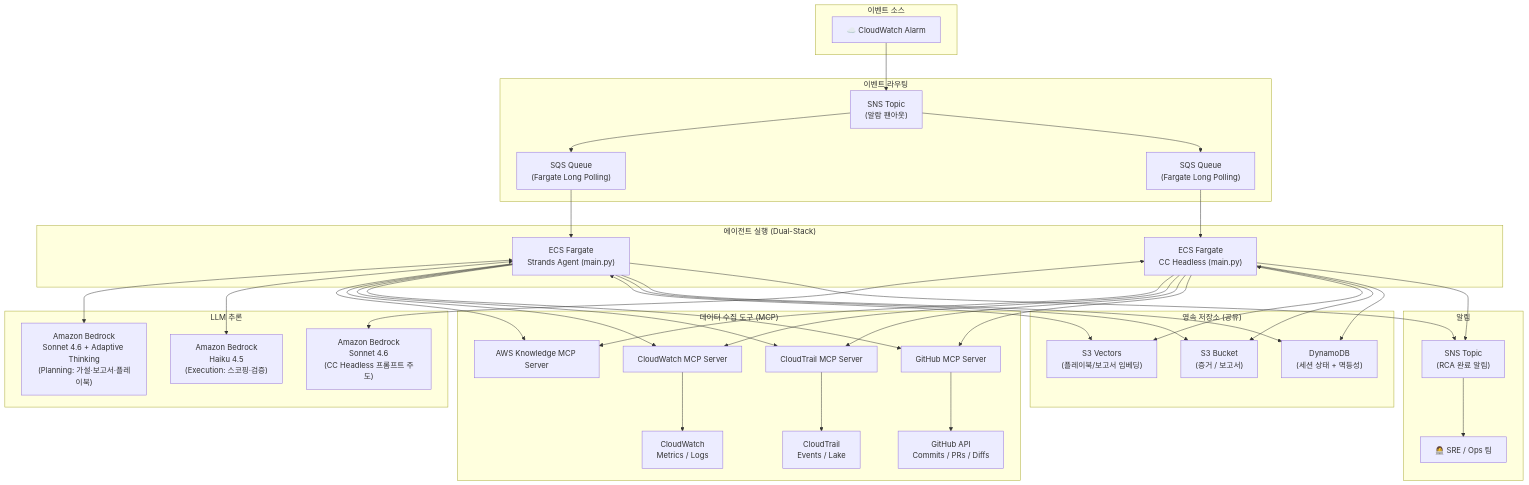
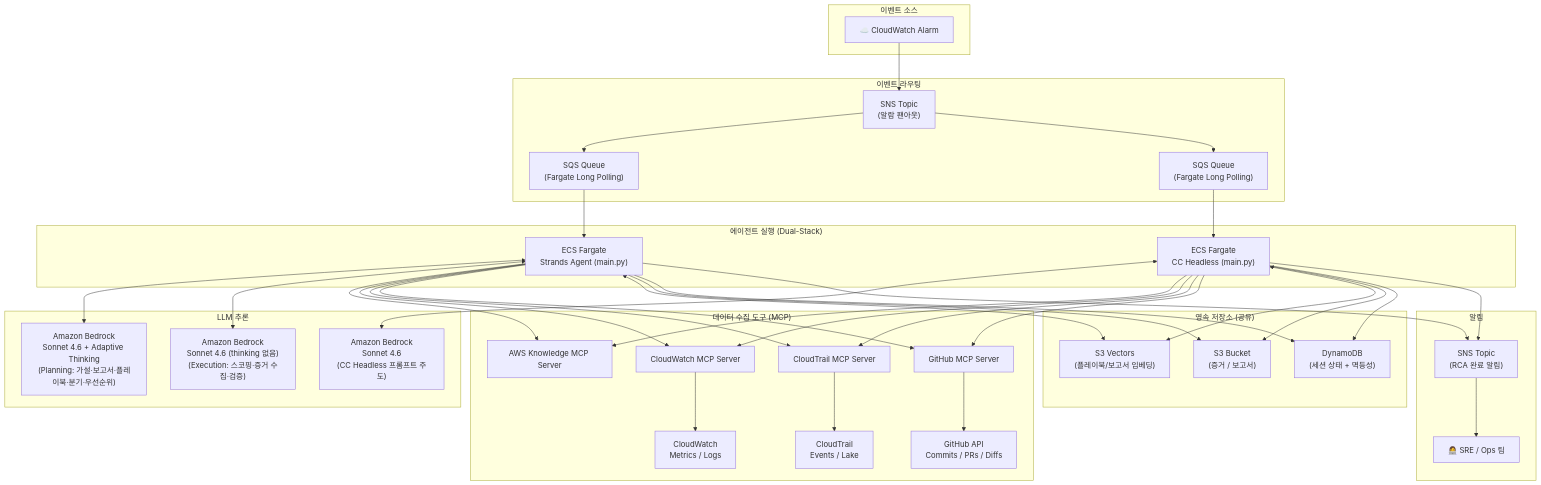
Before and after one commit to haandol/rca-agent: the first of 3 diagrams in docs/architecture.md, drawn with Mermaid. The commit also changed other lines of this file and 9 other files, not shown here.

````diff
--- a/docs/architecture.md
+++ b/docs/architecture.md
@@ -22,71 +22,71 @@
 ```mermaid
 graph TB
     subgraph EventSource["이벤트 소스"]
         CW_ALARM["☁️ CloudWatch Alarm"]
     end
 
     subgraph Messaging["이벤트 라우팅"]
         SNS_IN["SNS Topic<br/>(알람 팬아웃)"]
         SQS_FARGATE["SQS Queue<br/>(Fargate Long Polling)"]
         SQS_CC["SQS Queue<br/>(Fargate Long Polling)"]
     end
 
     subgraph Compute["에이전트 실행 (Dual-Stack)"]
         ECS["ECS Fargate<br/>Strands Agent (main.py)"]
         ECS_CC["ECS Fargate<br/>CC Headless (main.py)"]
     end
 
     subgraph LLM["LLM 추론"]
-        BEDROCK_PLAN["Amazon Bedrock<br/>Sonnet 4.6 + Adaptive Thinking<br/>(Planning: 가설·보고서·플레이북)"]
-        BEDROCK_EXEC["Amazon Bedrock<br/>Haiku 4.5<br/>(Execution: 스코핑·검증)"]
+        BEDROCK_PLAN["Amazon Bedrock<br/>Sonnet 4.6 + Adaptive Thinking<br/>(Planning: 가설·보고서·플레이북·분기·우선순위)"]
+        BEDROCK_EXEC["Amazon Bedrock<br/>Sonnet 4.6 (thinking 없음)<br/>(Execution: 스코핑·증거 수집·검증)"]
         BEDROCK_CC["Amazon Bedrock<br/>Sonnet 4.6<br/>(CC Headless 프롬프트 주도)"]
     end
 
     subgraph DataTools["데이터 수집 도구 (MCP)"]
         AK_MCP["AWS Knowledge MCP Server"]
         CW_MCP["CloudWatch MCP Server"]
         CT_MCP["CloudTrail MCP Server"]
         GH_MCP["GitHub MCP Server"]
         CW_API["CloudWatch<br/>Metrics / Logs"]
         CT_API["CloudTrail<br/>Events / Lake"]
         GH_API["GitHub API<br/>Commits / PRs / Diffs"]
     end
 
     subgraph Storage["영속 저장소 (공유)"]
         S3_VECTORS["S3 Vectors<br/>(플레이북/보고서 임베딩)"]
         S3["S3 Bucket<br/>(증거 / 보고서)"]
         DDB["DynamoDB<br/>(세션 상태 + 멱등성)"]
     end
 
     subgraph Notification["알림"]
         SNS_OUT["SNS Topic<br/>(RCA 완료 알림)"]
         SRE["👩‍💻 SRE / Ops 팀"]
     end
 
     CW_ALARM --> SNS_IN
     SNS_IN --> SQS_FARGATE --> ECS
     SNS_IN --> SQS_CC --> ECS_CC
     ECS <--> BEDROCK_PLAN
     ECS <--> BEDROCK_EXEC
     ECS_CC <--> BEDROCK_CC
     ECS --> AK_MCP
     ECS --> CW_MCP
     ECS --> CT_MCP
     ECS --> GH_MCP
     ECS_CC --> AK_MCP
     ECS_CC --> CW_MCP
     ECS_CC --> CT_MCP
     ECS_CC --> GH_MCP
     CW_MCP --> CW_API
     CT_MCP --> CT_API
     GH_MCP --> GH_API
     ECS <--> S3_VECTORS
     ECS --> S3
     ECS --> DDB
     ECS_CC <--> S3_VECTORS
     ECS_CC --> S3
     ECS_CC --> DDB
     ECS --> SNS_OUT
     ECS_CC --> SNS_OUT
     SNS_OUT --> SRE
 ```
````
